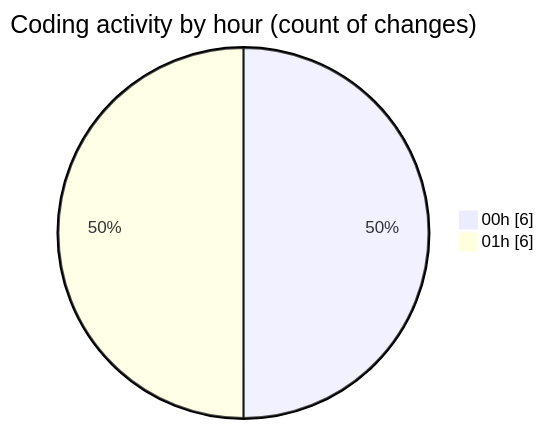
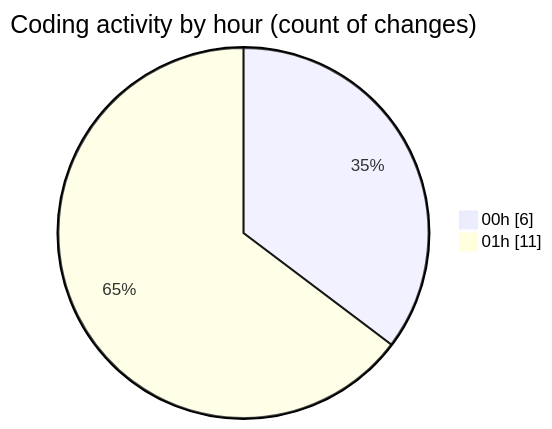
The second of 2 diagrams in 2025-11-08/eventscop-frontend-guide__workspace_/README.md (julien-gomy/code-tracking), drawn with Mermaid before and after one commit. The commit also changed other lines of this file and 1 other file, not shown here.

````diff
--- a/2025-11-08/eventscop-frontend-guide__workspace_/README.md
+++ b/2025-11-08/eventscop-frontend-guide__workspace_/README.md
@@ -33,6 +34,6 @@
 ```mermaid
 pie showData
 title Coding activity by hour (count of changes)
 "00h" : 6
-"01h" : 6
+"01h" : 11
 ```
````
